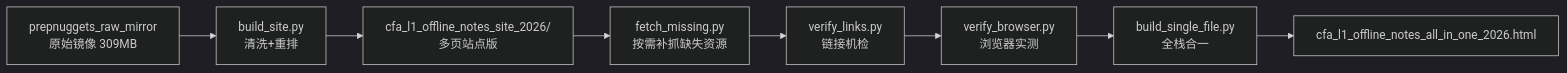
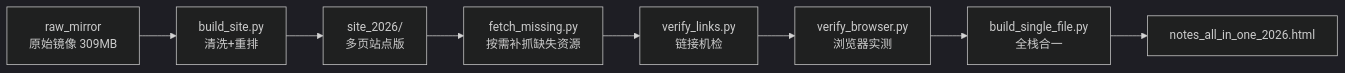
Before and after one commit to MrYanYe/CFA_curated_offline_notes: the diagram in README.md, drawn with Mermaid (dark theme). The commit also changed other lines of this file and 10096 other files, not shown here.

````diff
--- a/README.md
+++ b/README.md
@@ -140,10 +140,10 @@
 ```mermaid
 flowchart LR
-    A[prepnuggets_raw_mirror<br/>原始镜像 309MB] --> B[build_site.py<br/>清洗+重排]
-    B --> C[cfa_l1_offline_notes_site_2026/<br/>多页站点版]
+    A[raw_mirror<br/>原始镜像 309MB] --> B[build_site.py<br/>清洗+重排]
+    B --> C[site_2026/<br/>多页站点版]
     C --> D[fetch_missing.py<br/>按需补抓缺失资源]
     D --> E[verify_links.py<br/>链接机检]
     E --> F[verify_browser.py<br/>浏览器实测]
     F --> G[build_single_file.py<br/>全栈合一]
-    G --> H[cfa_l1_offline_notes_all_in_one_2026.html]
+    G --> H[notes_all_in_one_2026.html]
 ```
````
